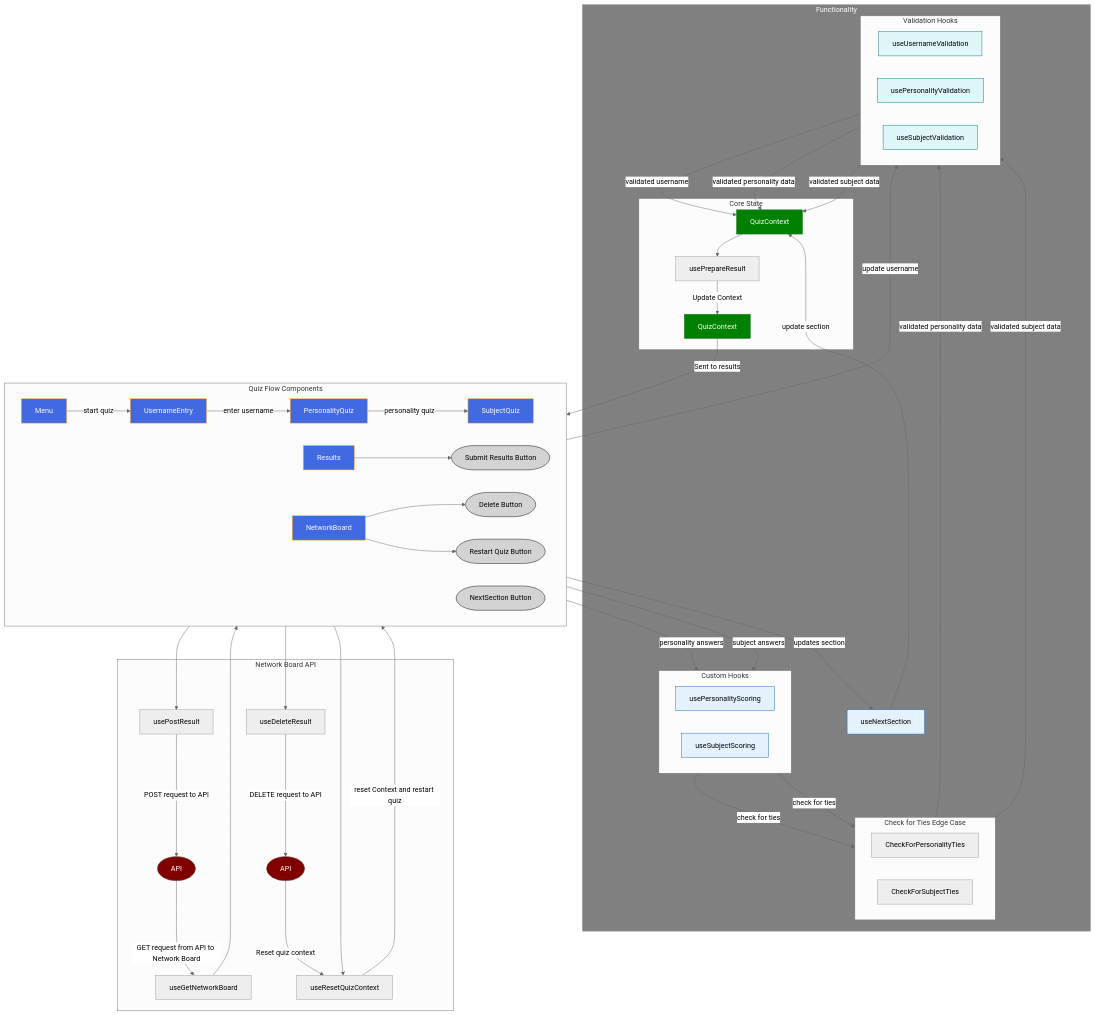
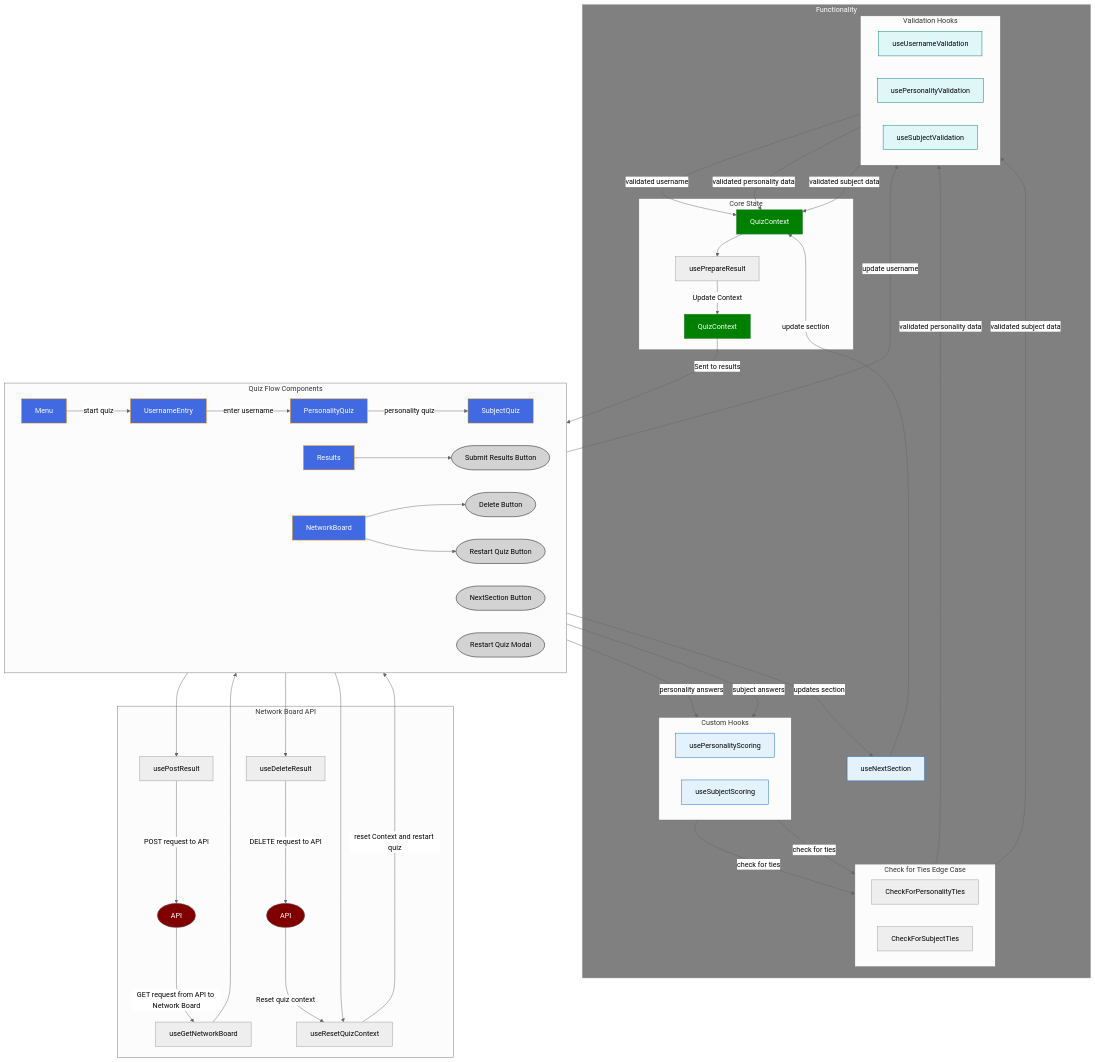
Before and after one commit to lmcrean/steam-report-mern: the diagram in docs/diagrams/data_flow_architecture.md, drawn with Mermaid (neutral theme). The commit also changed 10 other files, not shown here.

````diff
--- a/docs/diagrams/data_flow_architecture.md
+++ b/docs/diagrams/data_flow_architecture.md
@@ -11,6 +11,7 @@
            NB[NetworkBoard]
            DB[Delete Button]
            RQB[Restart Quiz Button]
+           RQM[Restart Quiz Modal]
            SNB[Submit Results Button]
        end
 
@@ -114,5 +115,5 @@
        class QC,NA,QC2 core
        class Functionality functionality
        class API,API2 api
-       class RQB,DB,NS,SNB buttons
+       class RQB,DB,NS,SNB,RQM buttons
 ```
````
